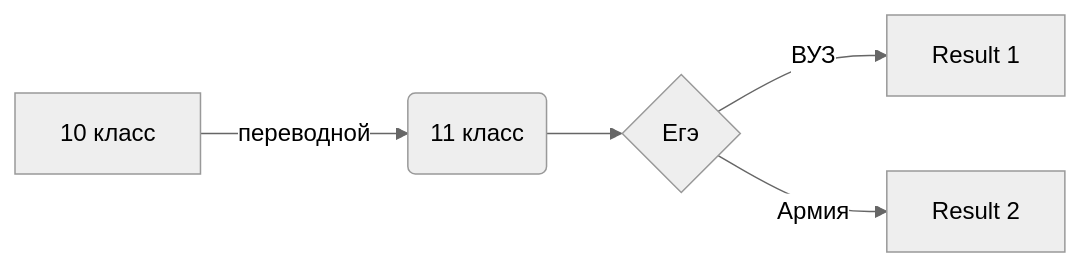
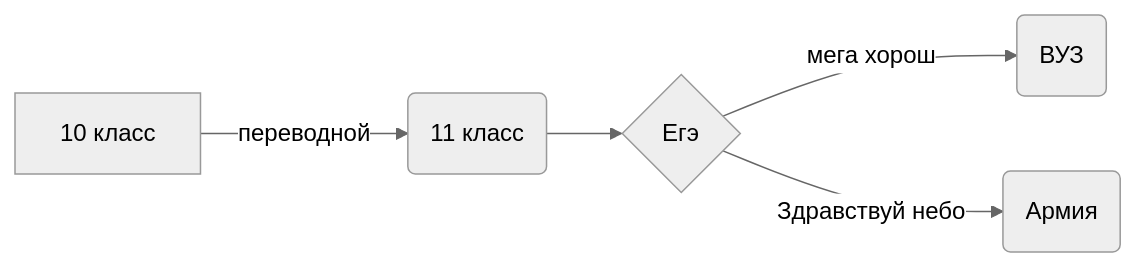
Before and after one commit to yeryerix/inf: the diagram in README.md, drawn with Mermaid (neutral theme).

````diff
--- a/README.md
+++ b/README.md
@@ -23,9 +23,9 @@
 ```mermaid
 
 flowchart LR
 
 A[10 класс] -->|переводной| B(11 класс)
 B --> C{Егэ}
-C -->|ВУЗ| D[Result 1]
-C -->|Армия| E[Result 2]
+C -->|мега хорош| D(ВУЗ)
+C -->|Здравствуй небо| E(Армия)
 ```
````
